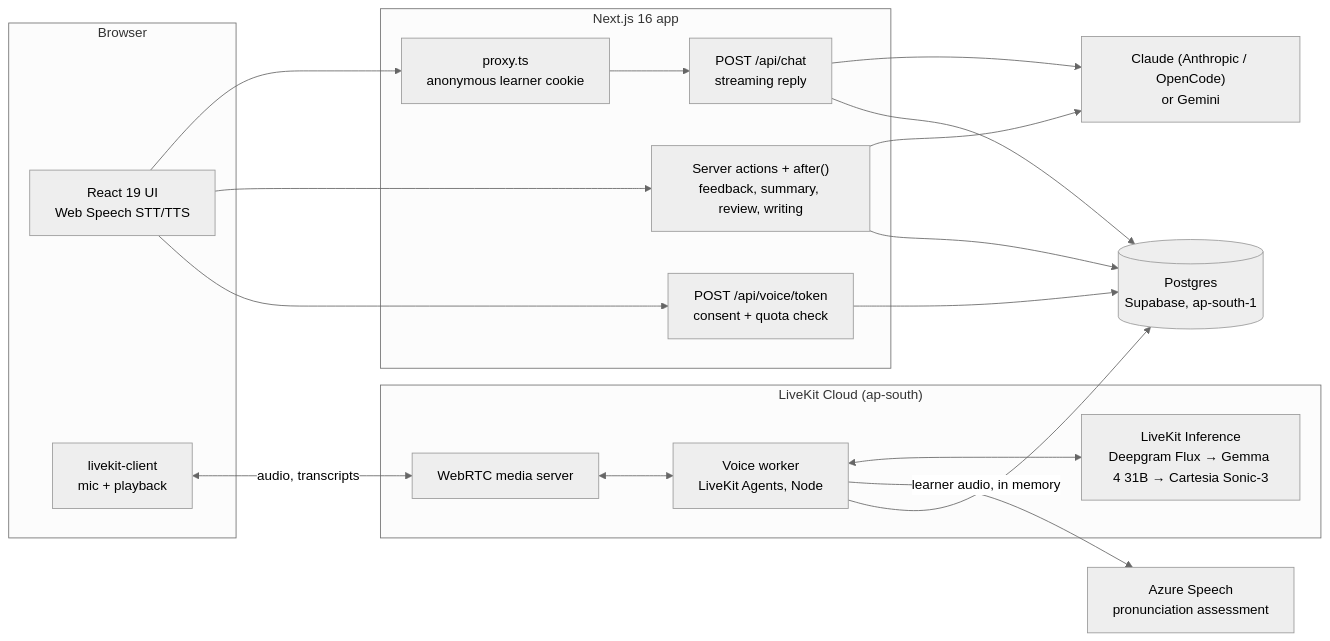
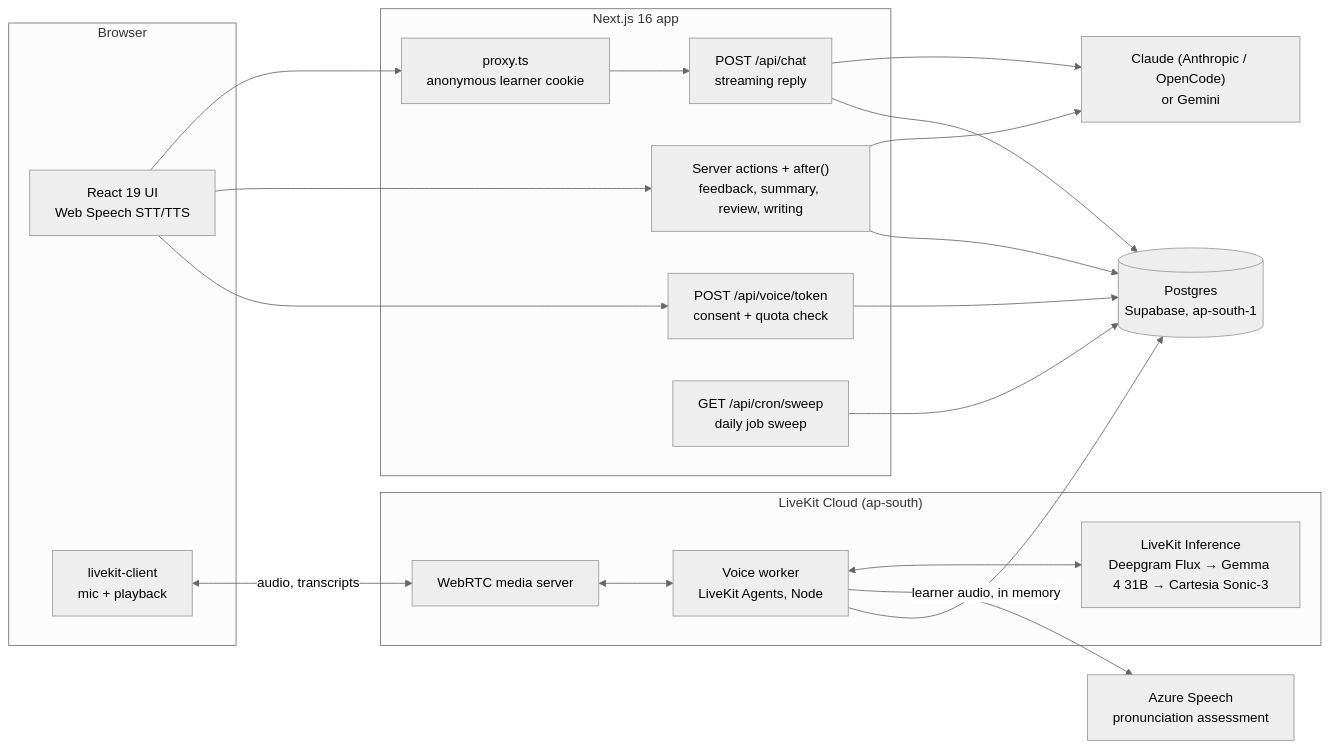
Before and after one commit to Neaz-Mahmood/Fluency: the first of 6 diagrams in README.md, drawn with Mermaid (neutral theme). The commit also changed other lines of this file, not shown here.

First line of the commit message:
Add a user manual and a detailed architecture section to the README (FLU-113)

````diff
--- a/README.md
+++ b/README.md
@@ -14,35 +151,37 @@
 ```mermaid
 flowchart LR
   subgraph Browser
     UI["React 19 UI<br/>Web Speech STT/TTS"]
     LV["livekit-client<br/>mic + playback"]
   end
 
   subgraph Next["Next.js 16 app"]
     PX["proxy.ts<br/>anonymous learner cookie"]
     CHAT["POST /api/chat<br/>streaming reply"]
     TOK["POST /api/voice/token<br/>consent + quota check"]
     ACT["Server actions + after()<br/>feedback, summary, review, writing"]
+    CRON["GET /api/cron/sweep<br/>daily job sweep"]
   end
 
   subgraph LK["LiveKit Cloud (ap-south)"]
     SFU["WebRTC media server"]
     W["Voice worker<br/>LiveKit Agents, Node"]
     INF["LiveKit Inference<br/>Deepgram Flux → Gemma 4 31B → Cartesia Sonic-3"]
   end
 
   LLM["Claude (Anthropic / OpenCode)<br/>or Gemini"]
   AZ["Azure Speech<br/>pronunciation assessment"]
   DB[("Postgres<br/>Supabase, ap-south-1")]
 
   UI --> PX --> CHAT --> LLM
   UI --> ACT --> LLM
   UI --> TOK
   LV <-->|audio, transcripts| SFU <--> W
   W <--> INF
   W -->|learner audio, in memory| AZ
   CHAT --> DB
   ACT --> DB
   TOK --> DB
+  CRON --> DB
   W --> DB
 ```
````
